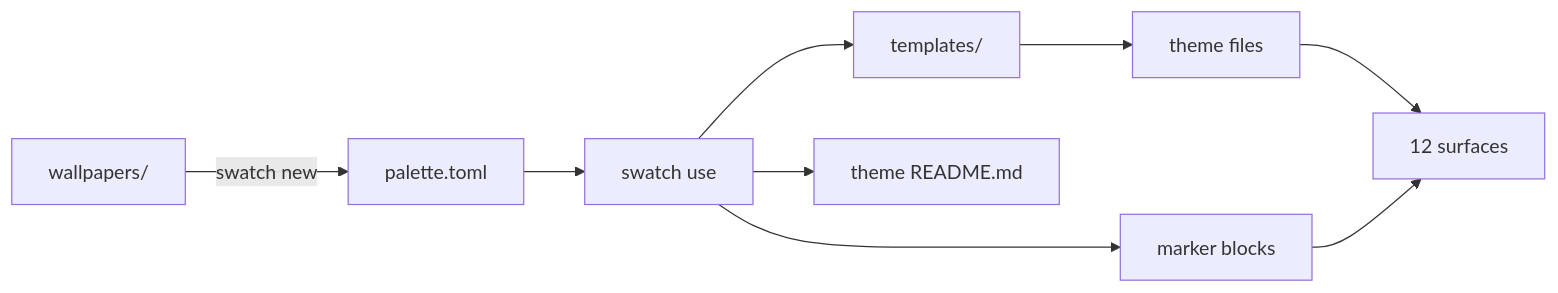
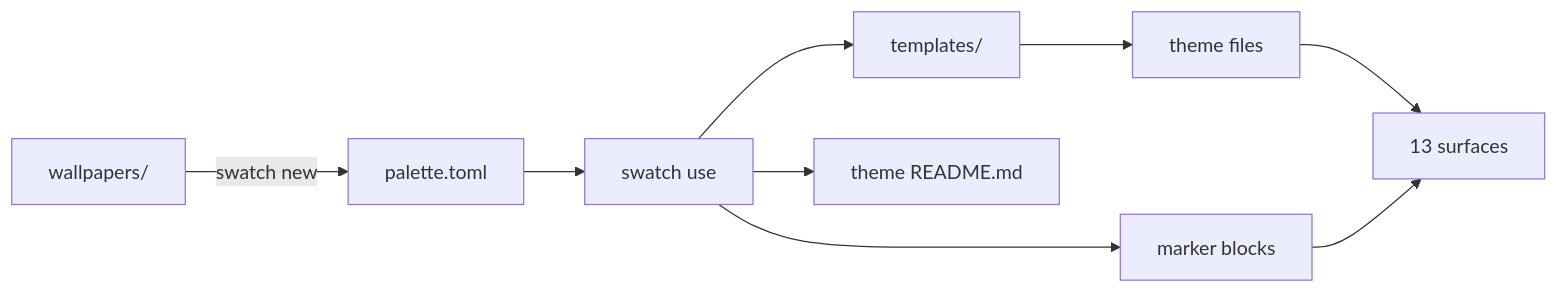
The diagram in README.md (nitrimandylis/swatch), drawn with Mermaid before and after one commit. The commit also changed other lines of this file and 4 other files, not shown here.

````diff
--- a/README.md
+++ b/README.md
@@ -158,11 +160,11 @@
 ```mermaid
 flowchart LR
     W[wallpapers/] -->|swatch new| P[palette.toml]
     P --> R[swatch use]
     R --> T[templates/]
     T --> F[theme files]
     R --> M[marker blocks]
-    F --> A[12 surfaces]
+    F --> A[13 surfaces]
     M --> A
     R --> D[theme README.md]
 ```
````
